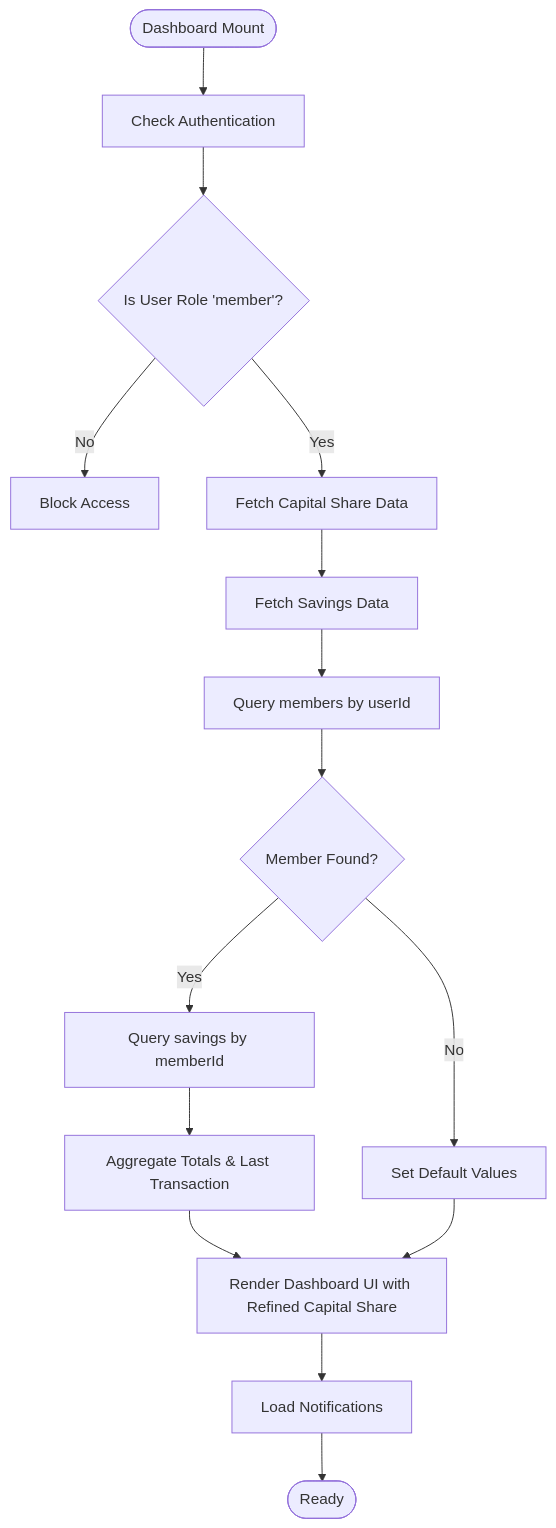
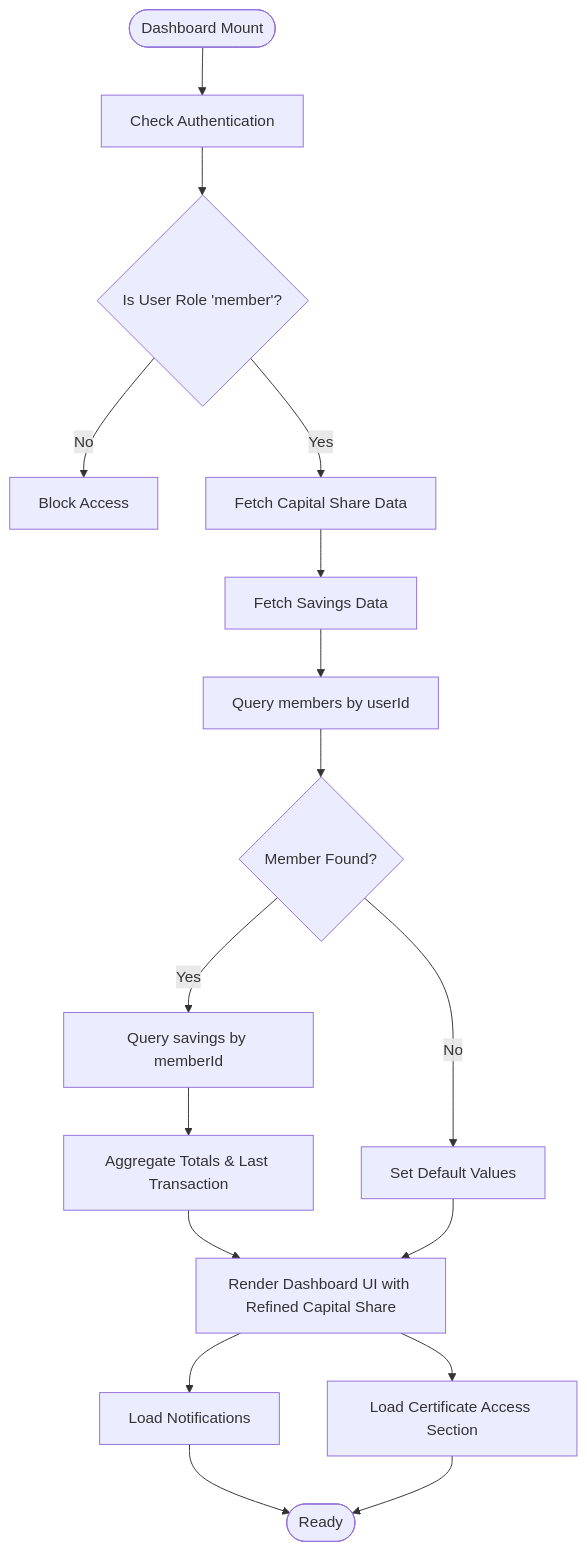
The third of 11 diagrams in .qoder/repowiki/en/content/Dashboard System Architecture/Member Dashboard Interface/Member Dashboard Interface.md (Unsure-bry/sampacoop_system), drawn with Mermaid before and after one commit. The commit also changed other lines of this file and 11 other files, not shown here.

````diff
--- a/.qoder/repowiki/en/content/Dashboard System Architecture/Member Dashboard Interface/Member Dashboard Interface.md
+++ b/.qoder/repowiki/en/content/Dashboard System Architecture/Member Dashboard Interface/Member Dashboard Interface.md
@@ -212,17 +262,19 @@
 ```mermaid
 flowchart TD
 Start(["Dashboard Mount"]) --> CheckAuth["Check Authentication"]
 CheckAuth --> IsMember{"Is User Role 'member'?"}
 IsMember --> |No| BlockAccess["Block Access"]
 IsMember --> |Yes| FetchCapitalShare["Fetch Capital Share Data"]
 FetchCapitalShare --> FetchSavings["Fetch Savings Data"]
 FetchSavings --> QueryMembers["Query members by userId"]
 QueryMembers --> FoundMember{"Member Found?"}
 FoundMember --> |No| DefaultValues["Set Default Values"]
 FoundMember --> |Yes| QuerySavings["Query savings by memberId"]
 QuerySavings --> AggregateData["Aggregate Totals & Last Transaction"]
 AggregateData --> RenderUI["Render Dashboard UI with Refined Capital Share"]
 DefaultValues --> RenderUI
 RenderUI --> Notifications["Load Notifications"]
+RenderUI --> CertificateAccess["Load Certificate Access Section"]
 Notifications --> End(["Ready"])
+CertificateAccess --> End
 ```
````
